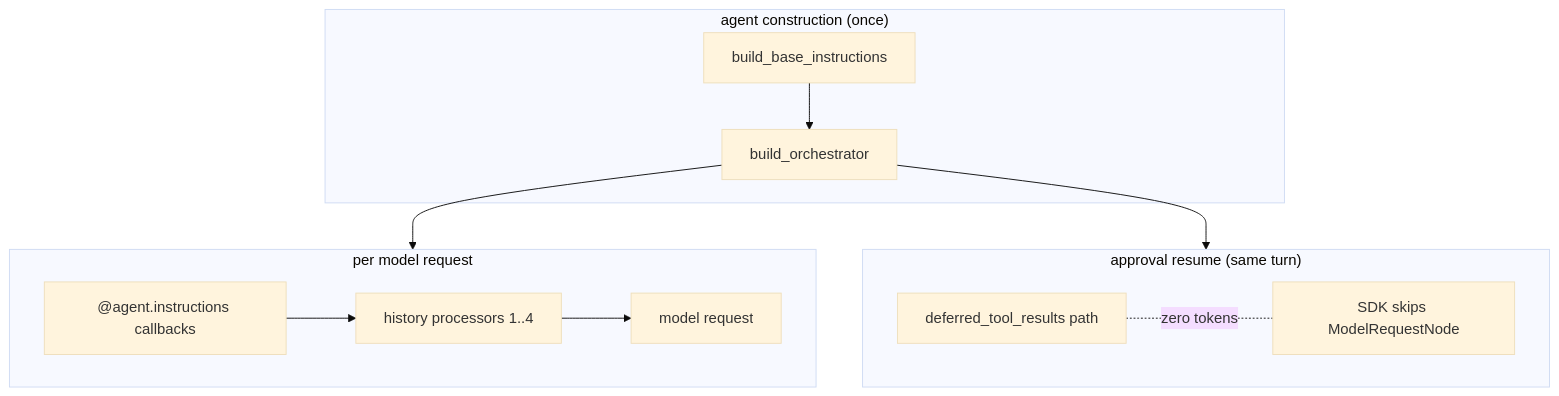
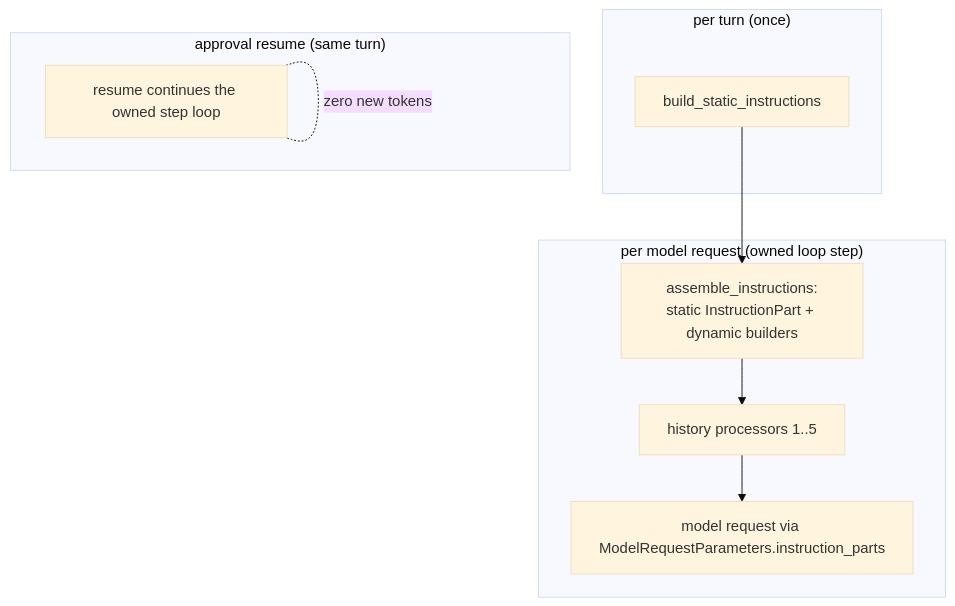
Before and after one commit to binlecode/co-cli: the diagram in docs/specs/prompt-assembly.md, drawn with Mermaid (base theme). The commit also changed other lines of this file and 20 other files, not shown here.

````diff
--- a/docs/specs/prompt-assembly.md
+++ b/docs/specs/prompt-assembly.md
@@ -14,24 +14,19 @@
 ```mermaid
 flowchart TD
-    subgraph Build["agent construction (once)"]
-        Static[build_base_instructions]
-        MainAgent[build_orchestrator]
-        Static --> MainAgent
+    subgraph Build["per turn (once)"]
+        Static[build_static_instructions]
     end
 
-    subgraph PerRequest["per model request"]
-        Dynamic["@agent.instructions callbacks"]
-        Processors["history processors 1..4"]
-        Model[model request]
-        Dynamic --> Processors --> Model
+    subgraph PerStep["per model request (owned loop step)"]
+        Assemble["assemble_instructions:<br/>static InstructionPart + dynamic builders"]
+        Processors["history processors 1..5"]
+        Model[model request via ModelRequestParameters.instruction_parts]
+        Static --> Assemble
+        Assemble --> Processors --> Model
     end
 
     subgraph ResumeRequest["approval resume (same turn)"]
-        ResumeModel["deferred_tool_results path"]
-        ResumeNote["SDK skips ModelRequestNode"]
-        ResumeModel -. zero tokens .- ResumeNote
+        ResumeNote["resume continues the owned step loop"]
+        ResumeNote -. zero new tokens .- ResumeNote
     end
-
-    MainAgent --> PerRequest
-    MainAgent --> ResumeRequest
 ```
````
